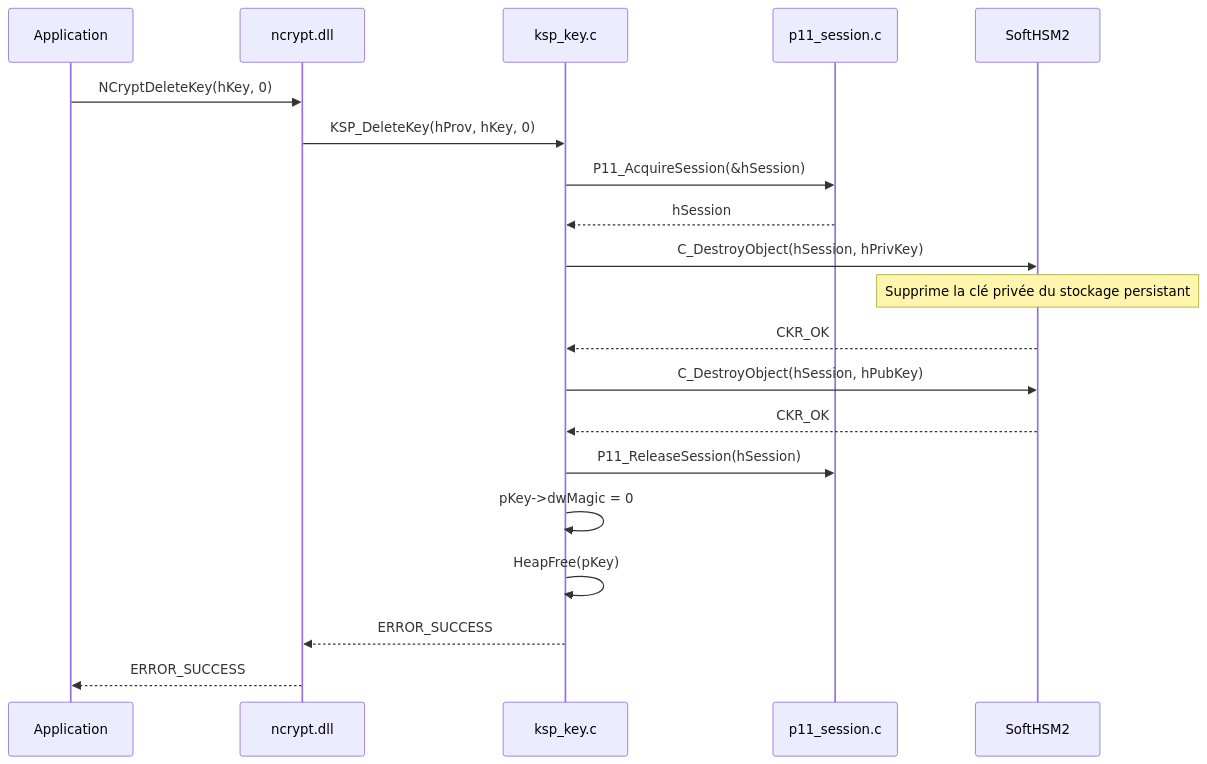
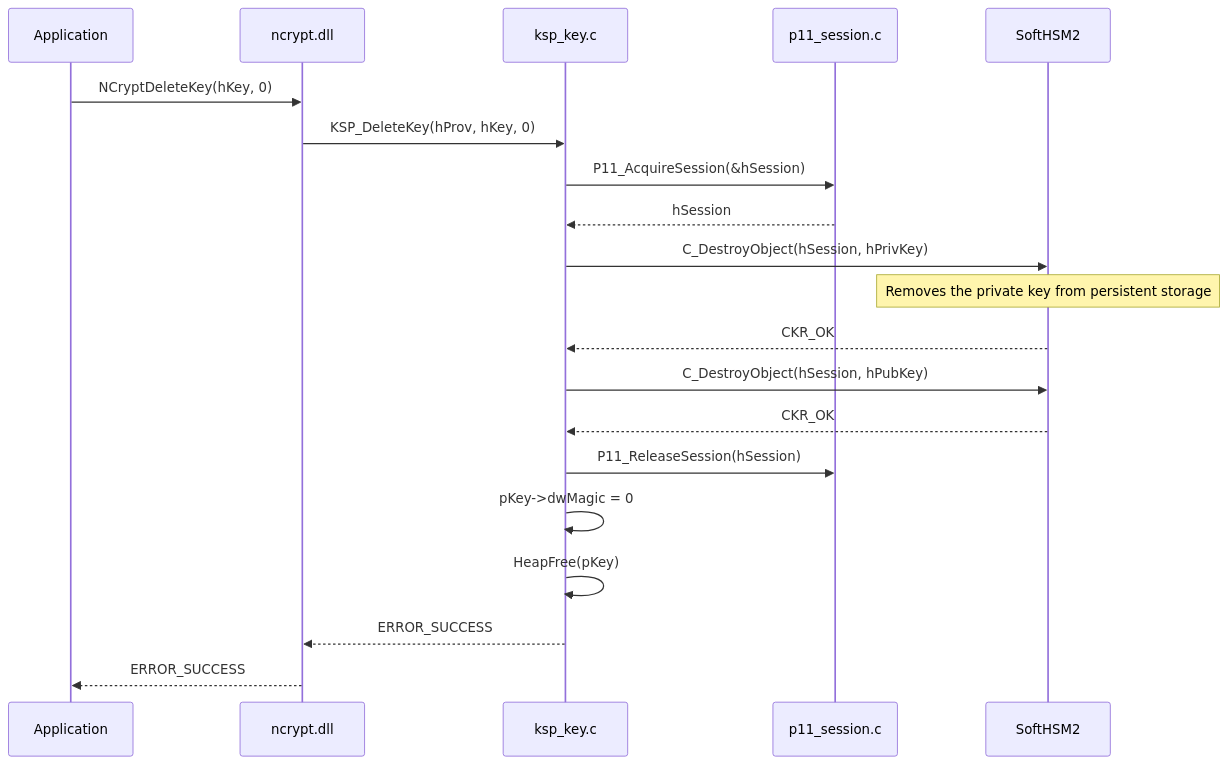
One commit to Gaillotte/Noida changed the fifth of 5 diagrams in softhsm_ksp/docs/03-gestion-cles.md. Above: the diagram before and after it, drawn with Mermaid. The commit also changed other lines of this file and 9 other files, not shown here.

````diff
--- a/softhsm_ksp/docs/03-gestion-cles.md
+++ b/softhsm_ksp/docs/03-gestion-cles.md
@@ -214,29 +214,29 @@
 ```mermaid
 sequenceDiagram
     participant App as Application
     participant NCrypt as ncrypt.dll
     participant KSP as ksp_key.c
     participant Session as p11_session.c
     participant HSM as SoftHSM2
 
     App->>NCrypt: NCryptDeleteKey(hKey, 0)
     NCrypt->>KSP: KSP_DeleteKey(hProv, hKey, 0)
 
     KSP->>Session: P11_AcquireSession(&hSession)
     Session-->>KSP: hSession
 
     KSP->>HSM: C_DestroyObject(hSession, hPrivKey)
-    note over HSM: Supprime la clé privée du stockage persistant
+    note over HSM: Removes the private key from persistent storage
     HSM-->>KSP: CKR_OK
 
     KSP->>HSM: C_DestroyObject(hSession, hPubKey)
     HSM-->>KSP: CKR_OK
 
     KSP->>Session: P11_ReleaseSession(hSession)
 
     KSP->>KSP: pKey->dwMagic = 0
     KSP->>KSP: HeapFree(pKey)
 
     KSP-->>NCrypt: ERROR_SUCCESS
     NCrypt-->>App: ERROR_SUCCESS
 ```
````
